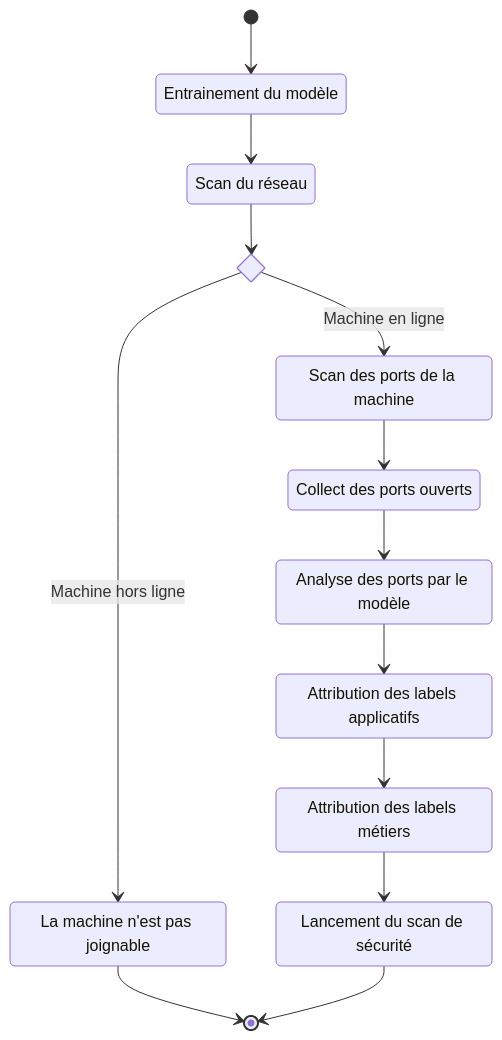
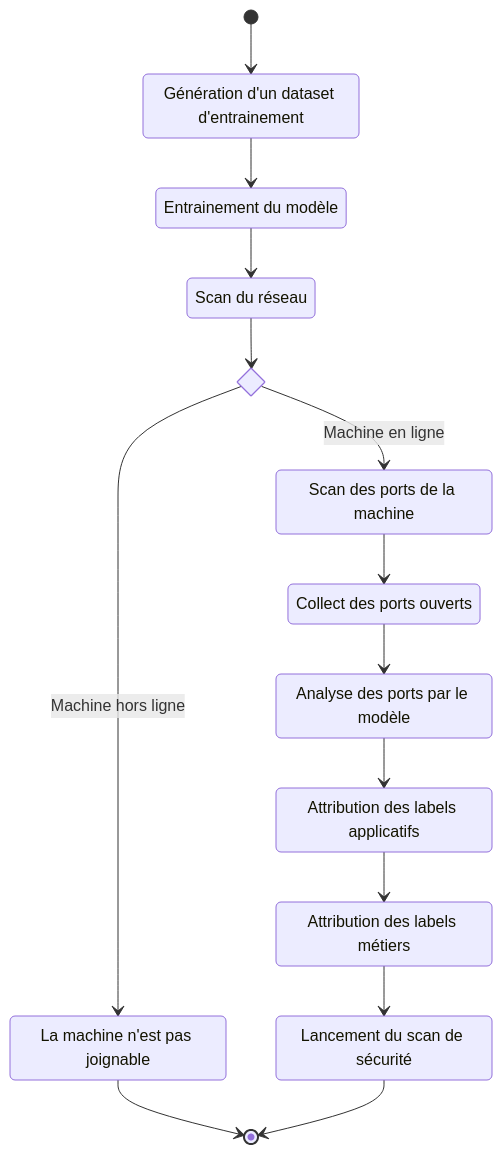
Before and after one commit to MRGoose70/Memoire: the diagram in state_diagram.mermaid, drawn with Mermaid.

Commit message:
docs(diagram): update state diagram to include dataset generation step

```diff
--- a/state_diagram.mermaid
+++ b/state_diagram.mermaid
@@ -1,26 +1,28 @@
 stateDiagram-v2
 
+generation: Génération d'un dataset d'entrainement
 network_scan: Scan du réseau
 port_scan: Scan des ports de la machine
 host_down: La machine n'est pas joignable
 training: Entrainement du modèle
 collect: Collect des ports ouverts
 analyze: Analyse des ports par le modèle
 app: Attribution des labels applicatifs
 work: Attribution des labels métiers
 security_scan: Lancement du scan de sécurité
 
 state is_up <<choice>>
 
-    [*] --> training
+    [*] --> generation
+    generation --> training
     training --> network_scan
     network_scan --> is_up
     is_up --> port_scan: Machine en ligne
     is_up --> host_down: Machine hors ligne
     host_down --> [*]
     port_scan --> collect
     collect --> analyze
     analyze --> app
     app --> work
     work --> security_scan
     security_scan --> [*]
```
